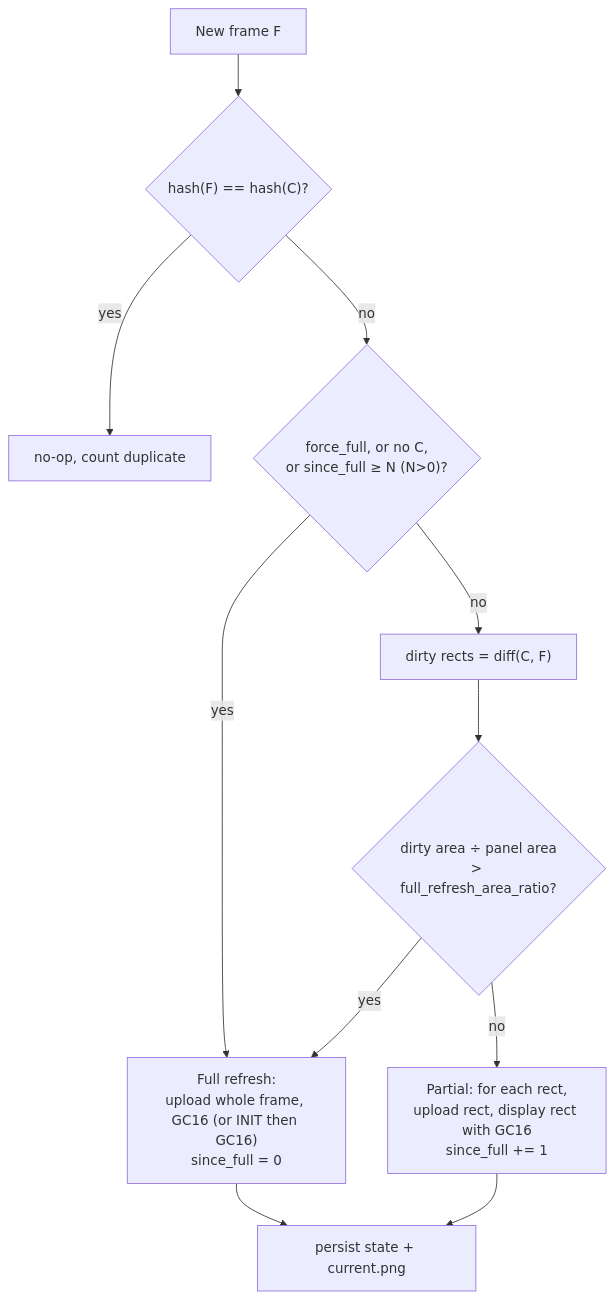
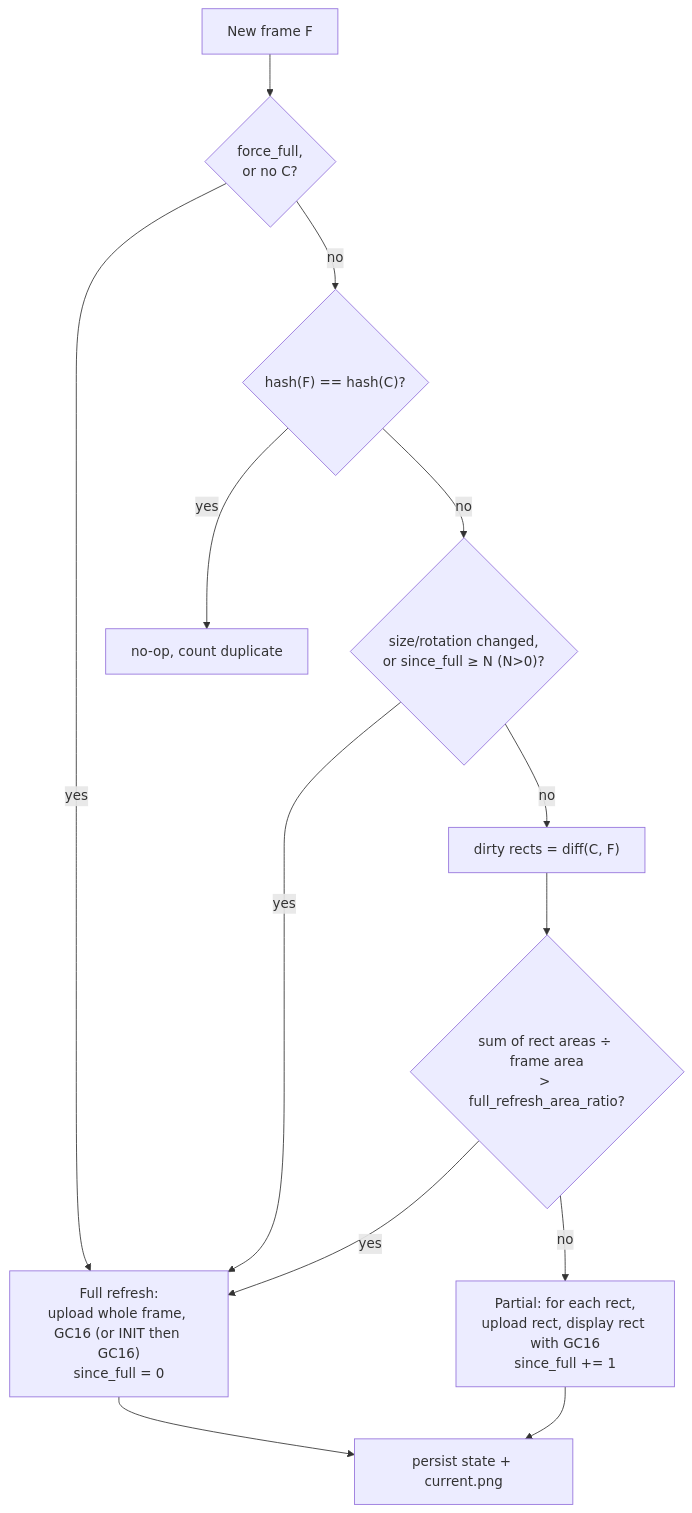
The third of 7 diagrams in docs/design.md (stefans22/trmnl-it8951-bridge), drawn with Mermaid before and after one commit. The commit also changed other lines of this file and 45 other files, not shown here.

````diff
--- a/docs/design.md
+++ b/docs/design.md
@@ -113,13 +113,15 @@
 ```mermaid
 flowchart TD
-    A[New frame F] --> B{"hash(F) == hash(C)?"}
+    A[New frame F] --> F0{"force_full,<br/>or no C?"}
+    F0 -- yes --> FULL
+    F0 -- no --> B{"hash(F) == hash(C)?"}
     B -- yes --> Z["no-op, count duplicate"]
-    B -- no --> D{"force_full, or no C,<br/>or since_full ≥ N (N>0)?"}
+    B -- no --> D{"size/rotation changed,<br/>or since_full ≥ N (N>0)?"}
     D -- yes --> FULL
     D -- no --> E["dirty rects = diff(C, F)"]
-    E --> G{"dirty area ÷ panel area<br/>> full_refresh_area_ratio?"}
+    E --> G{"sum of rect areas ÷ frame area<br/>> full_refresh_area_ratio?"}
     G -- yes --> FULL["Full refresh:<br/>upload whole frame, GC16 (or INIT then GC16)<br/>since_full = 0"]
     G -- no --> P["Partial: for each rect,<br/>upload rect, display rect with GC16<br/>since_full += 1"]
     FULL --> S[persist state + current.png]
     P --> S
 ```
````
